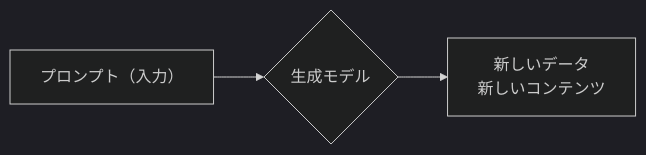
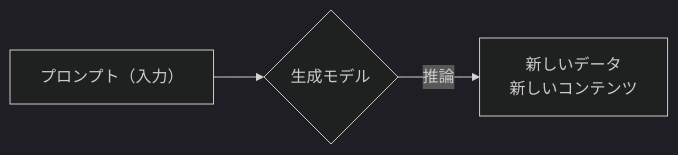
The sixth of 11 diagrams in README.md (SparklingDetergent/doc_genai_About_the_origins_and_types_of_generative_AI), drawn with Mermaid (dark theme) before and after one commit. The commit also changed other lines of this file, not shown here.

````diff
--- a/README.md
+++ b/README.md
@@ -96,4 +96,4 @@
 ```mermaid
 graph LR
-    G[プロンプト（入力）] --> E{生成モデル} --> F[新しいデータ\n新しいコンテンツ];
+    G[プロンプト（入力）] --> E{生成モデル} --> |推論| F[新しいデータ\n新しいコンテンツ];
 ```
````
